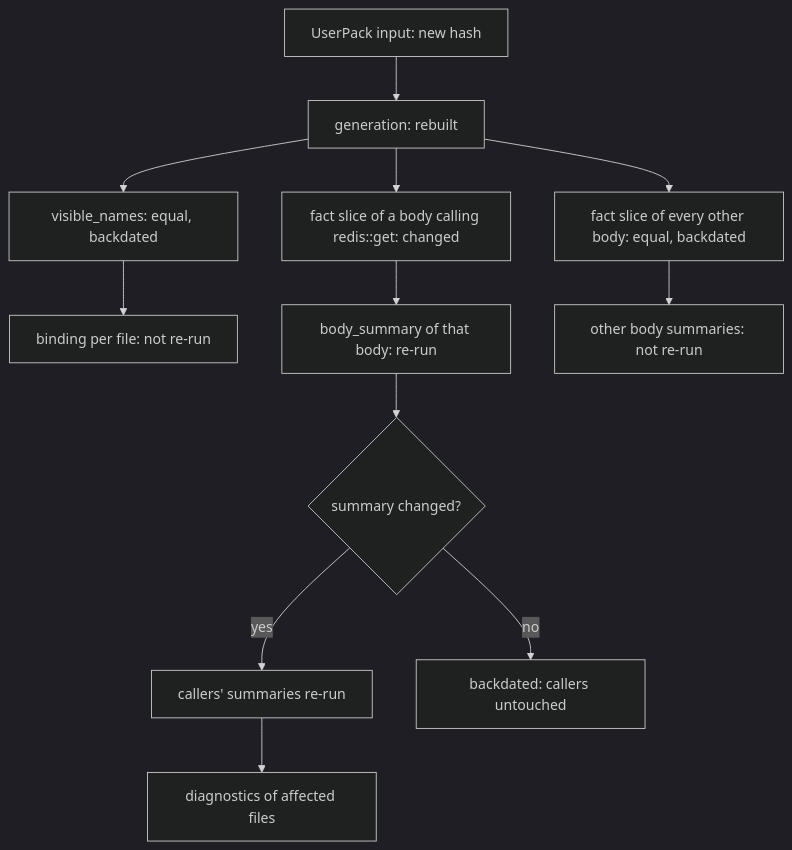
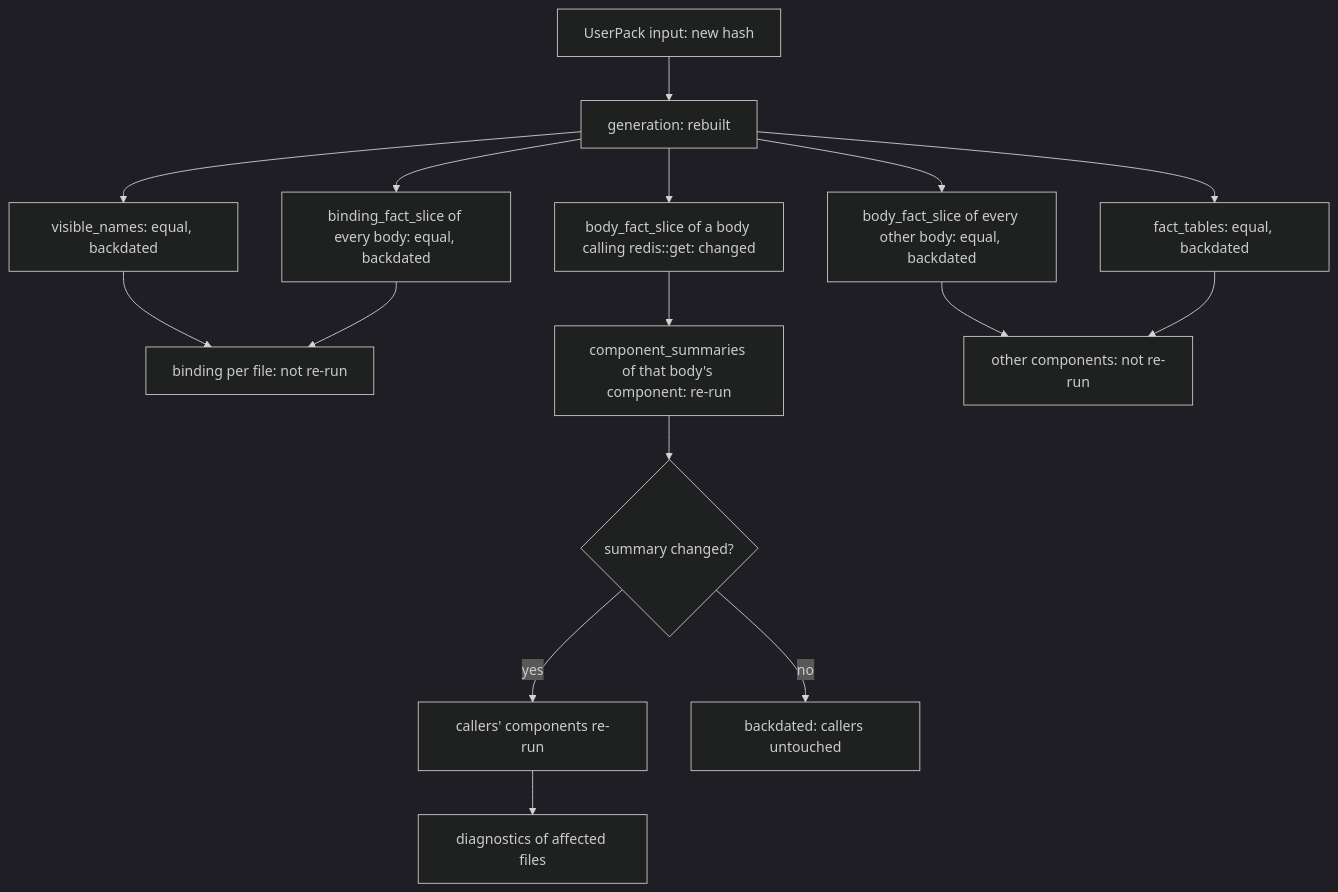
Before and after one commit to bitwisecook/tcl-lsp: the fourth of 6 diagrams in docs/design/compiler/compiler-analyser-spectcl-integration.md, drawn with Mermaid (dark theme). The commit also changed other lines of this file and 17 other files, not shown here.

````diff
--- a/docs/design/compiler/compiler-analyser-spectcl-integration.md
+++ b/docs/design/compiler/compiler-analyser-spectcl-integration.md
@@ -435,14 +572,18 @@
 ```mermaid
 flowchart TB
   edit["UserPack input: new hash"] --> gen["generation: rebuilt"]
   gen --> names["visible_names: equal, backdated"]
-  gen --> slice1["fact slice of a body calling redis::get: changed"]
-  gen --> slice2["fact slice of every other body: equal, backdated"]
+  gen --> bslice["binding_fact_slice of every body: equal, backdated"]
+  gen --> tables["fact_tables: equal, backdated"]
+  gen --> slice1["body_fact_slice of a body calling redis::get: changed"]
+  gen --> slice2["body_fact_slice of every other body: equal, backdated"]
   names --> bindq["binding per file: not re-run"]
-  slice1 --> sum1["body_summary of that body: re-run"]
-  slice2 --> sum2["other body summaries: not re-run"]
+  bslice --> bindq
+  slice1 --> sum1["component_summaries of that body's component: re-run"]
+  slice2 --> sum2["other components: not re-run"]
+  tables --> sum2
   sum1 --> callerQ{"summary changed?"}
-  callerQ -- "yes" --> callers["callers' summaries re-run"]
+  callerQ -- "yes" --> callers["callers' components re-run"]
   callerQ -- "no" --> stop["backdated: callers untouched"]
   callers --> diagQ["diagnostics of affected files"]
 ```
````
